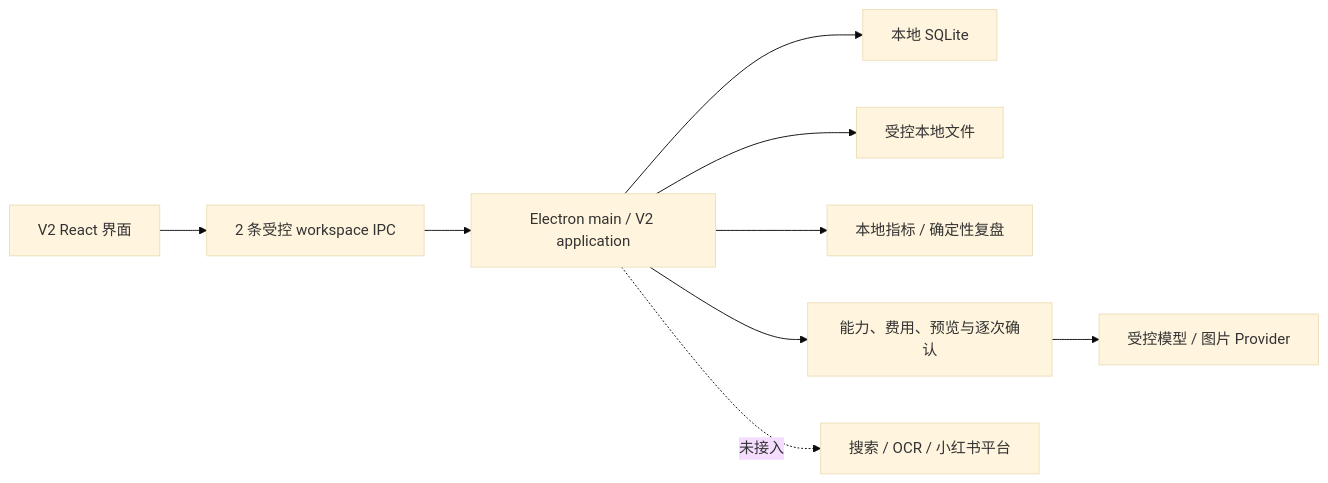
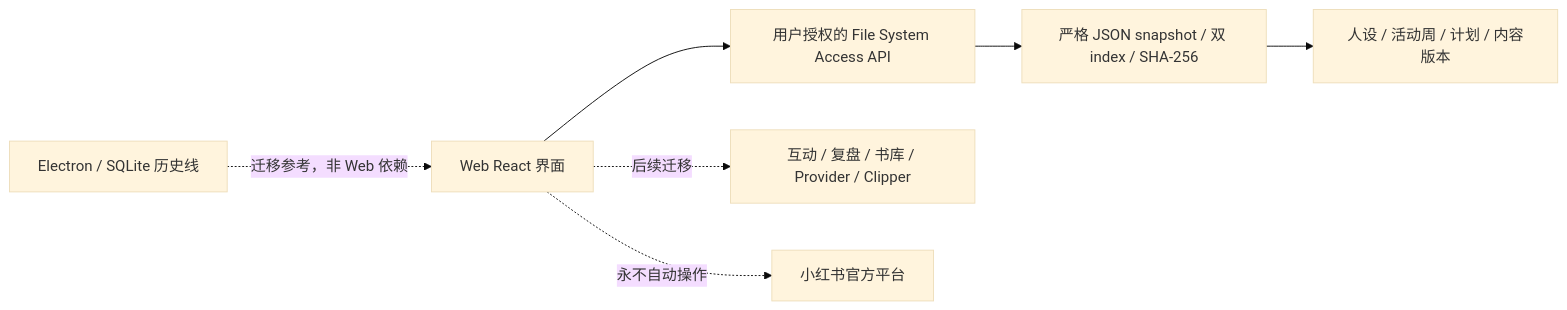
Before and after one commit to KAtOReNA7/Rednote-Automated-Operation-Tool: the diagram in README.md, drawn with Mermaid (base theme). The commit also changed other lines of this file and 25 other files, not shown here.

````diff
--- a/README.md
+++ b/README.md
@@ -126,11 +147,9 @@
 ```mermaid
 flowchart LR
-    UI["V2 React 界面"] --> IPC["2 条受控 workspace IPC"]
-    IPC --> APP["Electron main / V2 application"]
-    APP --> DB["本地 SQLite"]
-    APP --> FILES["受控本地文件"]
-    APP --> REVIEW["本地指标 / 确定性复盘"]
-    APP --> CONTROL["能力、费用、预览与逐次确认"]
-    CONTROL --> PROVIDERS["受控模型 / 图片 Provider"]
-    APP -. 未接入 .-> PLATFORM["搜索 / OCR / 小红书平台"]
+    WEB["Web React 界面"] --> FSA["用户授权的 File System Access API"]
+    FSA --> JSON["严格 JSON snapshot / 双 index / SHA-256"]
+    JSON --> SLICE["人设 / 活动周 / 计划 / 内容版本"]
+    WEB -. 后续迁移 .-> PROVIDERS["互动 / 复盘 / 书库 / Provider / Clipper"]
+    DESKTOP["Electron / SQLite 历史线"] -. 迁移参考，非 Web 依赖 .-> WEB
+    WEB -. 永不自动操作 .-> PLATFORM["小红书官方平台"]
 ```
````
